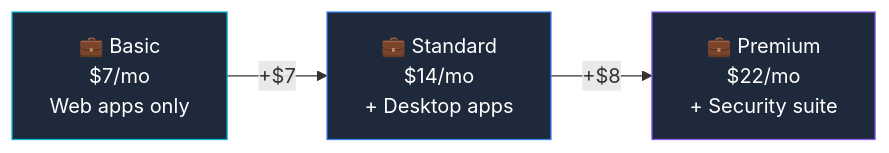
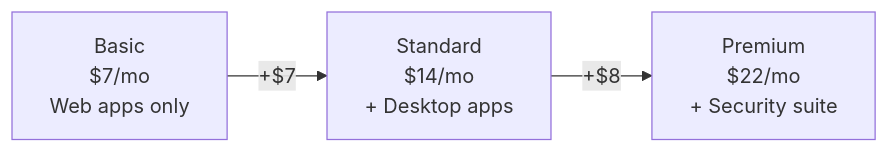
The diagram in content/licensing/microsoft-365-business-basic.md (susanthgit/aguidetocloud-revamp), drawn with Mermaid before and after one commit. The commit also changed 553 other files, not shown here.

First line of the commit message:
🌸 Z17: Zen Mermaid diagrams — Stripe Docs style

````diff
--- a/content/licensing/microsoft-365-business-basic.md
+++ b/content/licensing/microsoft-365-business-basic.md
@@ -78,11 +78,8 @@
 ```mermaid
 flowchart LR
-    BAS["💼 Basic\n$7/mo\nWeb apps only"]
-    STD["💼 Standard\n$14/mo\n+ Desktop apps"]
-    PRE["💼 Premium\n$22/mo\n+ Security suite"]
+    BAS["Basic<br/>$7/mo<br/>Web apps only"]
+    STD["Standard<br/>$14/mo<br/>+ Desktop apps"]
+    PRE["Premium<br/>$22/mo<br/>+ Security suite"]
     BAS -->|"+$7"| STD
     STD -->|"+$8"| PRE
-    style BAS fill:#1e293b,stroke:#06b6d4,color:#ffffff
-    style STD fill:#1e293b,stroke:#3b82f6,color:#ffffff
-    style PRE fill:#1e293b,stroke:#8b5cf6,color:#ffffff
 ```
````
